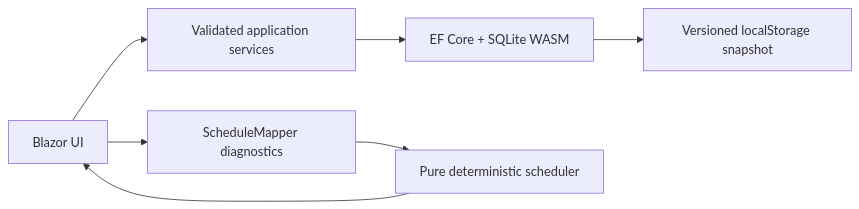
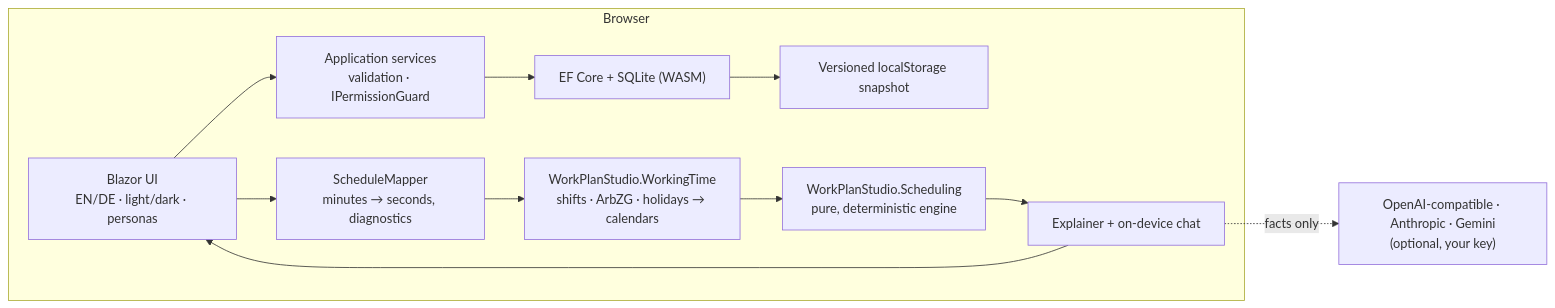
The diagram in README.md (aco993/WorkPlanStudio), drawn with Mermaid before and after one commit. The commit also changed other lines of this file and 9 other files, not shown here.

First line of the commit message:
docs: README EN/DE, architecture, changelog 0.2.0 and the rest brought current

````diff
--- a/README.md
+++ b/README.md
@@ -94,9 +61,18 @@
 ```mermaid
 flowchart LR
-    UI["Blazor UI"] --> SVC["Validated application services"]
-    SVC --> DB["EF Core + SQLite WASM"]
-    DB --> LS["Versioned localStorage snapshot"]
-    UI --> PREP["ScheduleMapper diagnostics"]
-    PREP --> CORE["Pure deterministic scheduler"]
-    CORE --> UI
+    subgraph Browser
+        UI["Blazor UI<br/>EN/DE · light/dark · personas"]
+        SVC["Application services<br/>validation · IPermissionGuard"]
+        DB["EF Core + SQLite (WASM)"]
+        LS["Versioned localStorage snapshot"]
+        MAP["ScheduleMapper<br/>minutes → seconds, diagnostics"]
+        WT["WorkPlanStudio.WorkingTime<br/>shifts · ArbZG · holidays → calendars"]
+        ENG["WorkPlanStudio.Scheduling<br/>pure, deterministic engine"]
+        EXP["Explainer + on-device chat"]
+    end
+    AI["OpenAI-compatible · Anthropic · Gemini<br/>(optional, your key)"]
+
+    UI --> SVC --> DB --> LS
+    UI --> MAP --> WT --> ENG --> EXP --> UI
+    EXP -. facts only .-> AI
 ```
````
